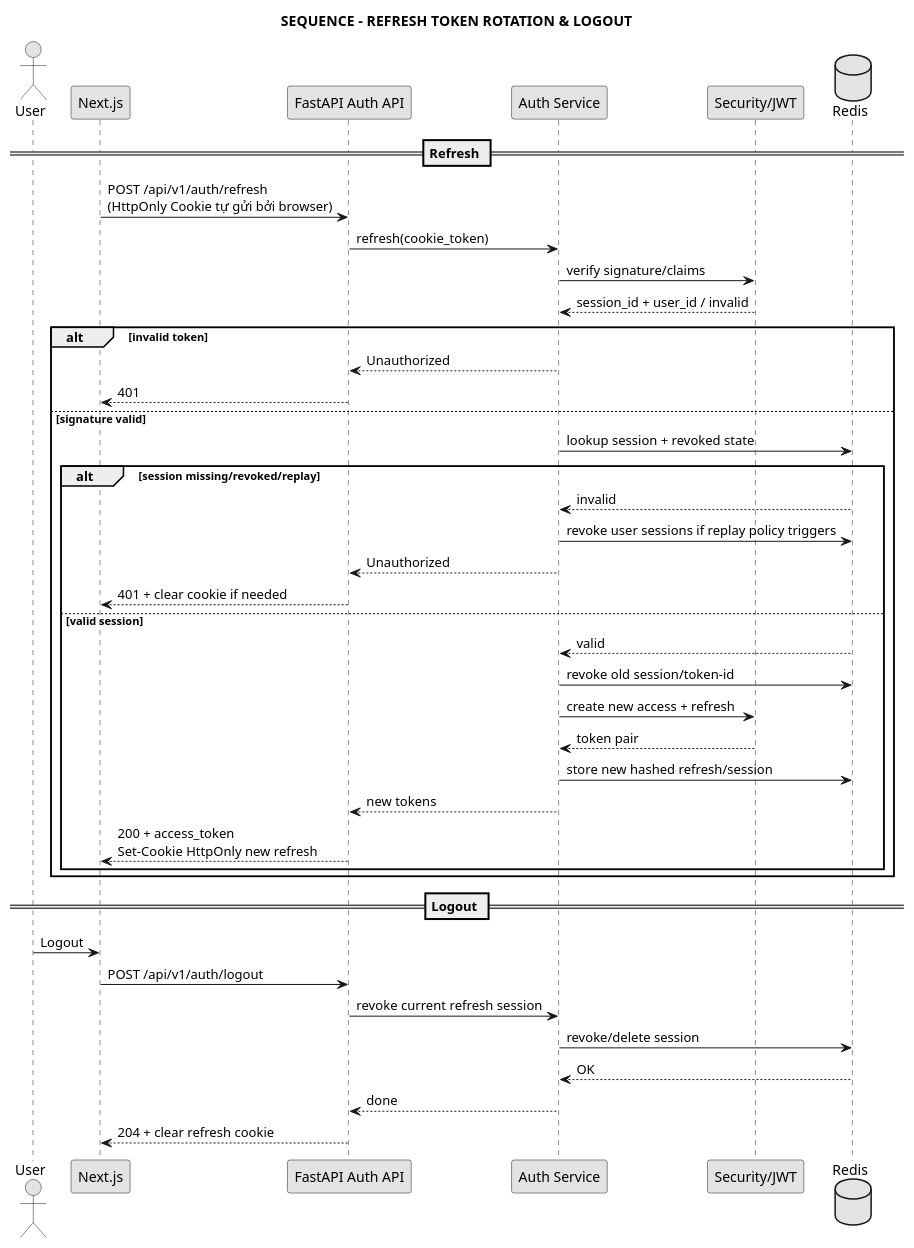
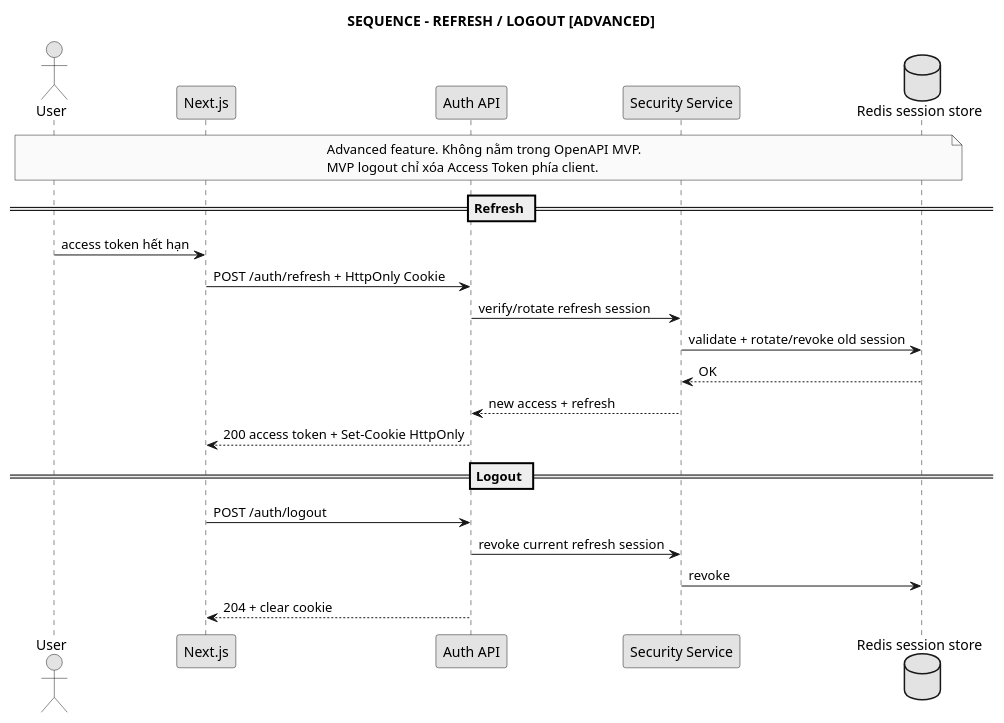
The diagram in docs/04_sequence/seq_refresh_logout.puml (anh632k-ui/WebCVUngVienTuyenDung), drawn with PlantUML before and after one commit.

Commit message:
docs(sequence): mark refresh session as advanced only

```diff
--- a/docs/04_sequence/seq_refresh_logout.puml
+++ b/docs/04_sequence/seq_refresh_logout.puml
@@ -1,49 +1,31 @@
 @startuml
 skinparam monochrome true
 skinparam shadowing false
-
-title SEQUENCE - REFRESH TOKEN ROTATION & LOGOUT
+title SEQUENCE - REFRESH / LOGOUT [ADVANCED]
 
 actor User
 participant "Next.js" as FE
-participant "FastAPI Auth API" as API
-participant "Auth Service" as Service
-participant "Security/JWT" as Sec
-database "Redis" as Redis
+participant "Auth API" as API
+participant "Security Service" as Security
+database "Redis session store" as Redis
+
+note over User,Redis
+Advanced feature. Không nằm trong OpenAPI MVP.
+MVP logout chỉ xóa Access Token phía client.
+end note
 
 == Refresh ==
-FE -> API : POST /api/v1/auth/refresh\n(HttpOnly Cookie tự gửi bởi browser)
-API -> Service : refresh(cookie_token)
-Service -> Sec : verify signature/claims
-Sec --> Service : session_id + user_id / invalid
-alt invalid token
-  Service --> API : Unauthorized
-  API --> FE : 401
-else signature valid
-  Service -> Redis : lookup session + revoked state
-  alt session missing/revoked/replay
-    Redis --> Service : invalid
-    Service -> Redis : revoke user sessions if replay policy triggers
-    Service --> API : Unauthorized
-    API --> FE : 401 + clear cookie if needed
-  else valid session
-    Redis --> Service : valid
-    Service -> Redis : revoke old session/token-id
-    Service -> Sec : create new access + refresh
-    Sec --> Service : token pair
-    Service -> Redis : store new hashed refresh/session
-    Service --> API : new tokens
-    API --> FE : 200 + access_token\nSet-Cookie HttpOnly new refresh
-  end
-end
+User -> FE : access token hết hạn
+FE -> API : POST /auth/refresh + HttpOnly Cookie
+API -> Security : verify/rotate refresh session
+Security -> Redis : validate + rotate/revoke old session
+Redis --> Security : OK
+Security --> API : new access + refresh
+API --> FE : 200 access token + Set-Cookie HttpOnly
 
 == Logout ==
-User -> FE : Logout
-FE -> API : POST /api/v1/auth/logout
-API -> Service : revoke current refresh session
-Service -> Redis : revoke/delete session
-Redis --> Service : OK
-Service --> API : done
-API --> FE : 204 + clear refresh cookie
-
+FE -> API : POST /auth/logout
+API -> Security : revoke current refresh session
+Security -> Redis : revoke
+API --> FE : 204 + clear cookie
 @enduml
```
